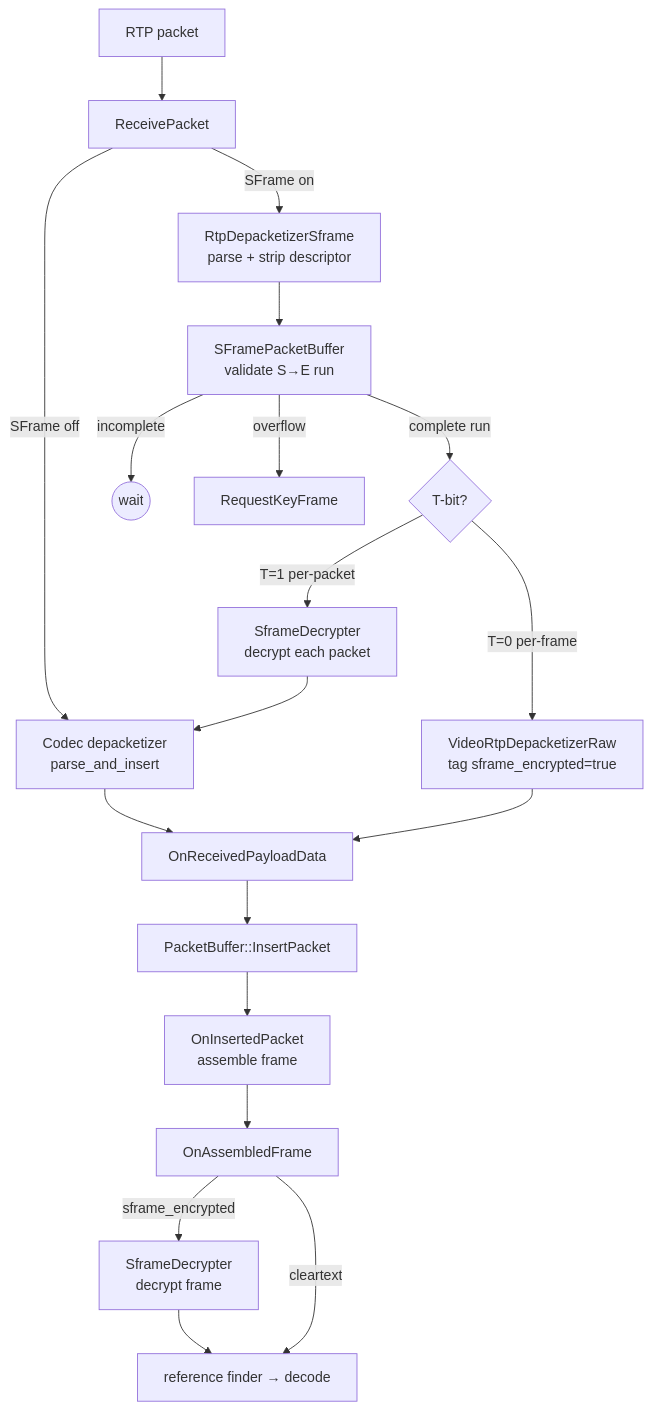
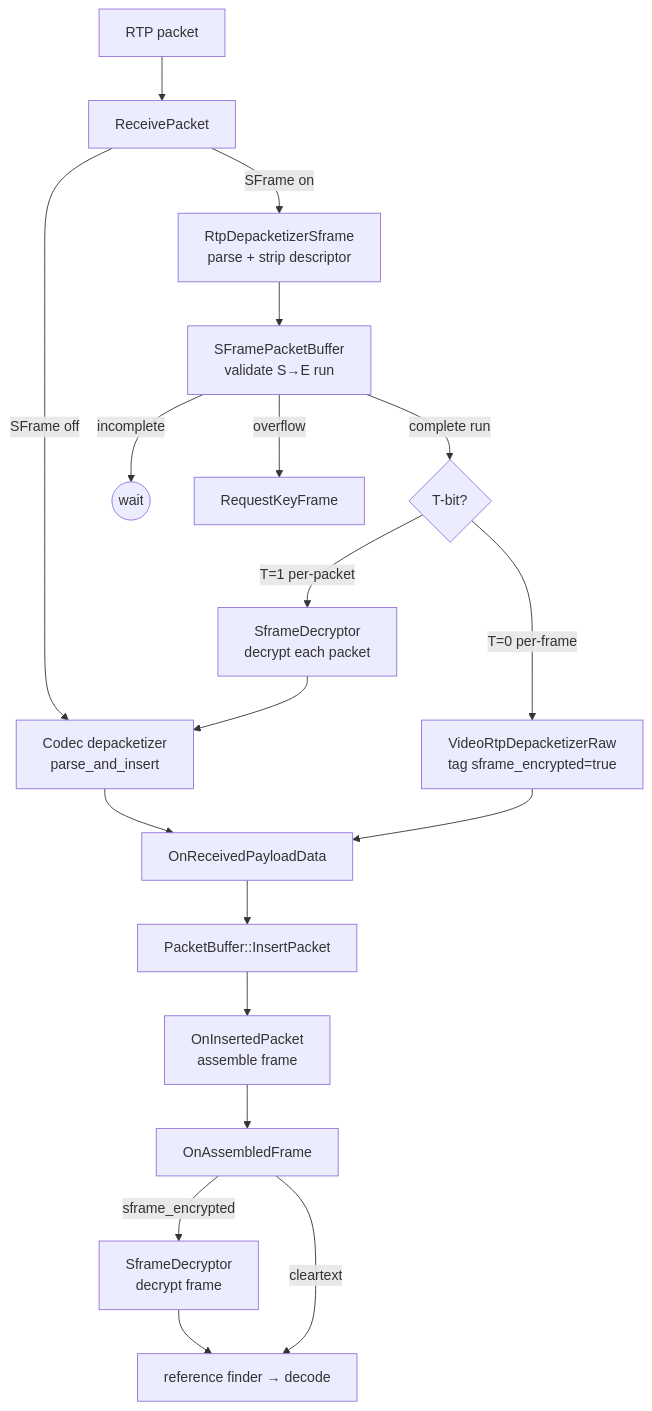
The diagram in video-receive-pipeline.md (webex/webrtc-sframe), drawn with Mermaid before and after one commit. The commit also changed other lines of this file and 3 other files, not shown here.

````diff
--- a/video-receive-pipeline.md
+++ b/video-receive-pipeline.md
@@ -33,27 +33,27 @@
 ```mermaid
 flowchart TD
     A[RTP packet] --> B[ReceivePacket]
 
     B -->|SFrame off| Plain[Codec depacketizer<br/>parse_and_insert]
     B -->|SFrame on| SF[RtpDepacketizerSframe<br/>parse + strip descriptor]
 
     SF --> SPB[SFramePacketBuffer<br/>validate S→E run]
     SPB -->|incomplete| Wait((wait))
     SPB -->|overflow| KF[RequestKeyFrame]
     SPB -->|complete run| TBit{T-bit?}
 
-    TBit -->|T=1 per-packet| Dec1[SframeDecrypter<br/>decrypt each packet]
+    TBit -->|T=1 per-packet| Dec1[SframeDecryptor<br/>decrypt each packet]
     Dec1 --> Plain
 
     TBit -->|T=0 per-frame| Raw[VideoRtpDepacketizerRaw<br/>tag sframe_encrypted=true]
 
     Plain --> OP[OnReceivedPayloadData]
     Raw --> OP
     OP --> PB[PacketBuffer::InsertPacket]
     PB --> OI[OnInsertedPacket<br/>assemble frame]
     OI --> OA[OnAssembledFrame]
 
-    OA -->|sframe_encrypted| Dec0[SframeDecrypter<br/>decrypt frame]
+    OA -->|sframe_encrypted| Dec0[SframeDecryptor<br/>decrypt frame]
     OA -->|cleartext| Down[reference finder → decode]
     Dec0 --> Down
 ```
````
